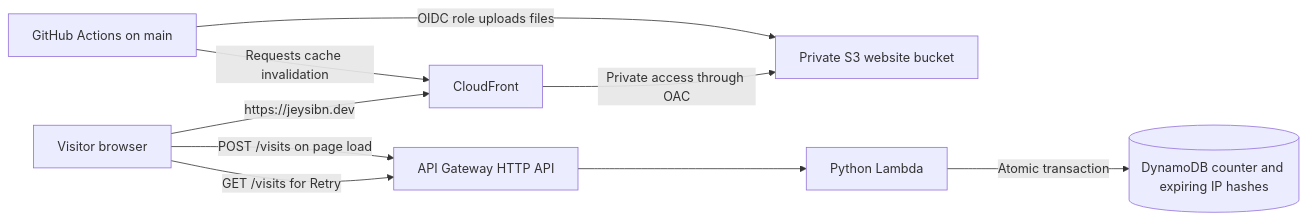
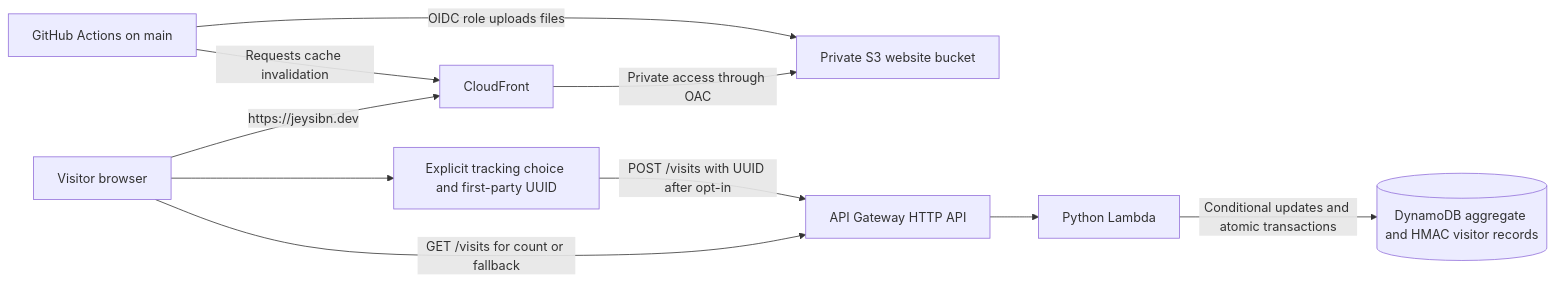
The diagram in docs/architecture.md (Jeysibn/cloud-resume-challenge), drawn with Mermaid before and after one commit. The commit also changed other lines of this file and 20 other files, not shown here.

````diff
--- a/docs/architecture.md
+++ b/docs/architecture.md
@@ -7,19 +7,21 @@
 ```mermaid
 flowchart LR
     B[Visitor browser]
+    C[Explicit tracking choice and first-party UUID]
     CF[CloudFront]
     S3[Private S3 website bucket]
     API[API Gateway HTTP API]
     L[Python Lambda]
-    DB[(DynamoDB counter and expiring IP hashes)]
+    DB[(DynamoDB aggregate and HMAC visitor records)]
     GH[GitHub Actions on main]
 
     B -->|https://jeysibn.dev| CF
     CF -->|Private access through OAC| S3
-    B -->|POST /visits on page load| API
-    B -->|GET /visits for Retry| API
+    B --> C
+    C -->|POST /visits with UUID after opt-in| API
+    B -->|GET /visits for count or fallback| API
     API --> L
-    L -->|Atomic transaction| DB
+    L -->|Conditional updates and atomic transactions| DB
     GH -->|OIDC role uploads files| S3
     GH -->|Requests cache invalidation| CF
 ```
````
